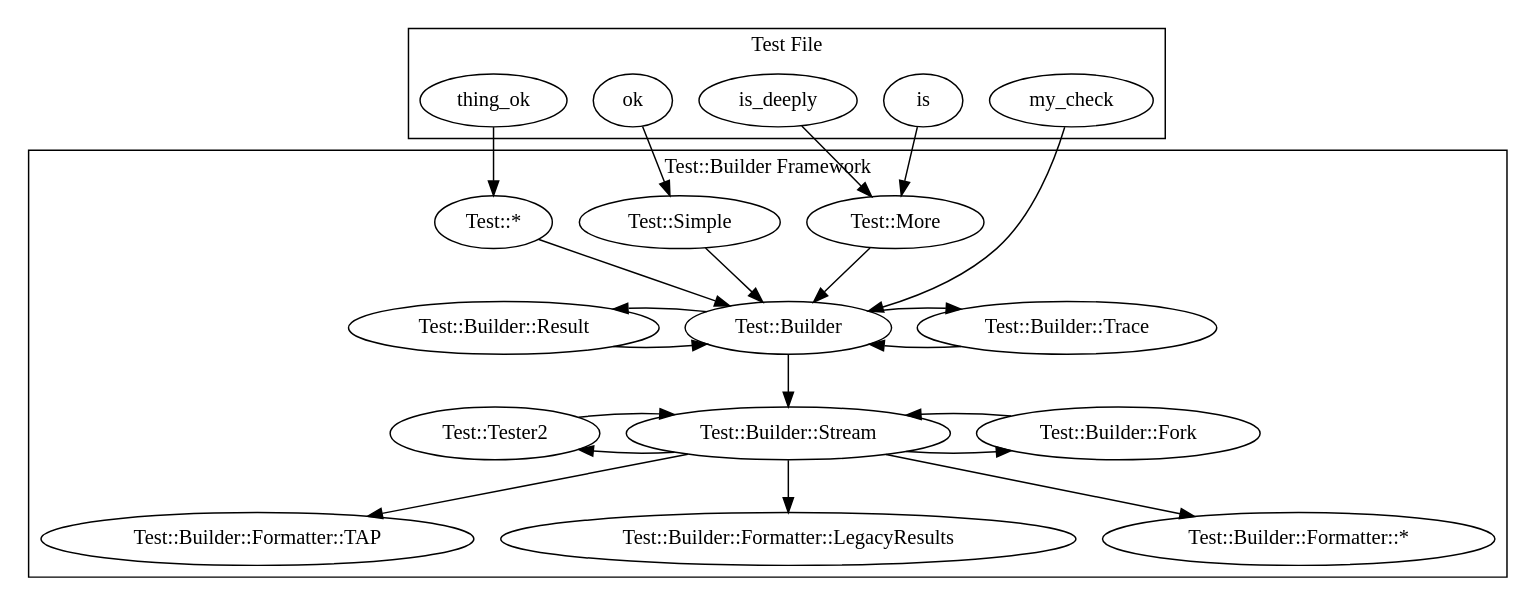
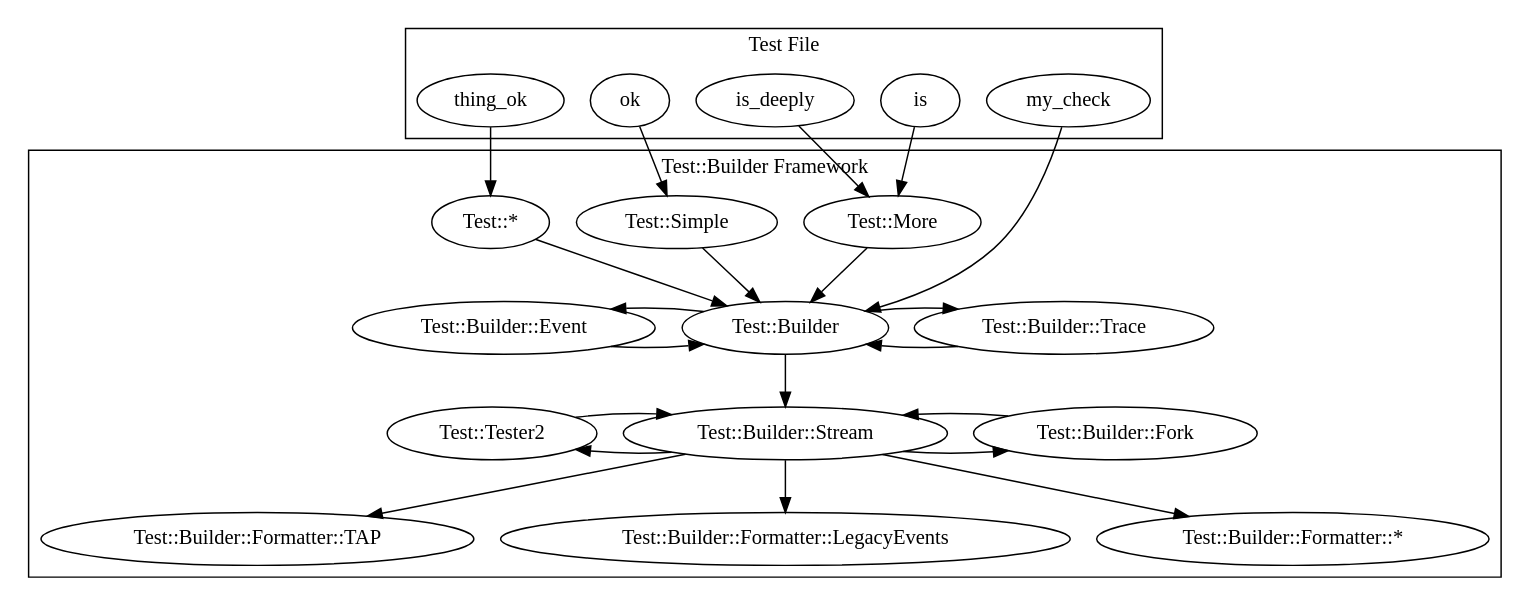
Before and after one commit to Test-More/test-more: the diagram in layout.dot, drawn with Graphviz. The commit also changed 42 other files, not shown here.

First line of the commit message:
Rename 'Result' to 'Event'

```diff
--- a/layout.dot
+++ b/layout.dot
@@ -1,61 +1,61 @@
 digraph overview {
     subgraph cluster_1 {
         label="Test::Builder Framework"
 
         More   [label="Test::More"]
         Simple [label="Test::Simple"]
         AnyT   [label="Test::*"]
         TB     [label="Test::Builder"]
         TBS    [label="Test::Builder::Stream"]
         Fork   [label="Test::Builder::Fork"]
         TAP    [label="Test::Builder::Formatter::TAP"]
-        LRes   [label="Test::Builder::Formatter::LegacyResults"]
+        LRes   [label="Test::Builder::Formatter::LegacyEvents"]
         AnyF   [label="Test::Builder::Formatter::*"]
         TT2    [label="Test::Tester2"]
         Trace  [label="Test::Builder::Trace"]
-        Result [label="Test::Builder::Result"]
+        Event  [label="Test::Builder::Event"]
 
         {rank=same; More Simple AnyT}
         {rank=same; TAP  LRes   AnyF}
         {rank=same; Fork TBS TT2}
-        {rank=same; TB Result Trace}
+        {rank=same; TB Event Trace}
 
         More->TB
         Simple->TB
         AnyT->TB
 
         Trace->TB
-        Result->TB
+        Event->TB
         TB->Trace
-        TB->Result
+        TB->Event
 
         TB->TBS
 
         TBS->Fork
         Fork->TBS
         TBS->TT2
         TT2->TBS
 
         TBS->TAP
         TBS->LRes
         TBS->AnyF
     }
 
     subgraph cluster_2 {
         label="Test File"
 
         ok
         is
         is_deeply
         thing_ok
         my_check
 
         {rank=same; ok is is_deeply}
     }
 
     ok->Simple
     is->More
     is_deeply->More
     thing_ok->AnyT
     my_check->TB
 }
```
